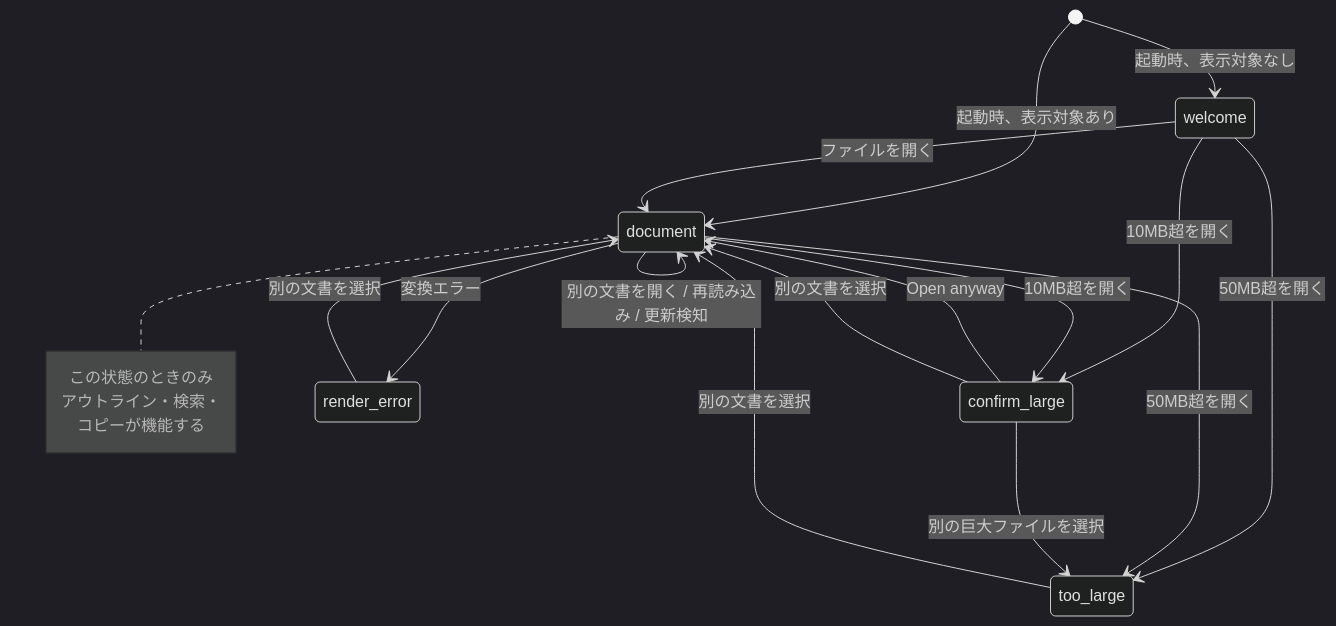
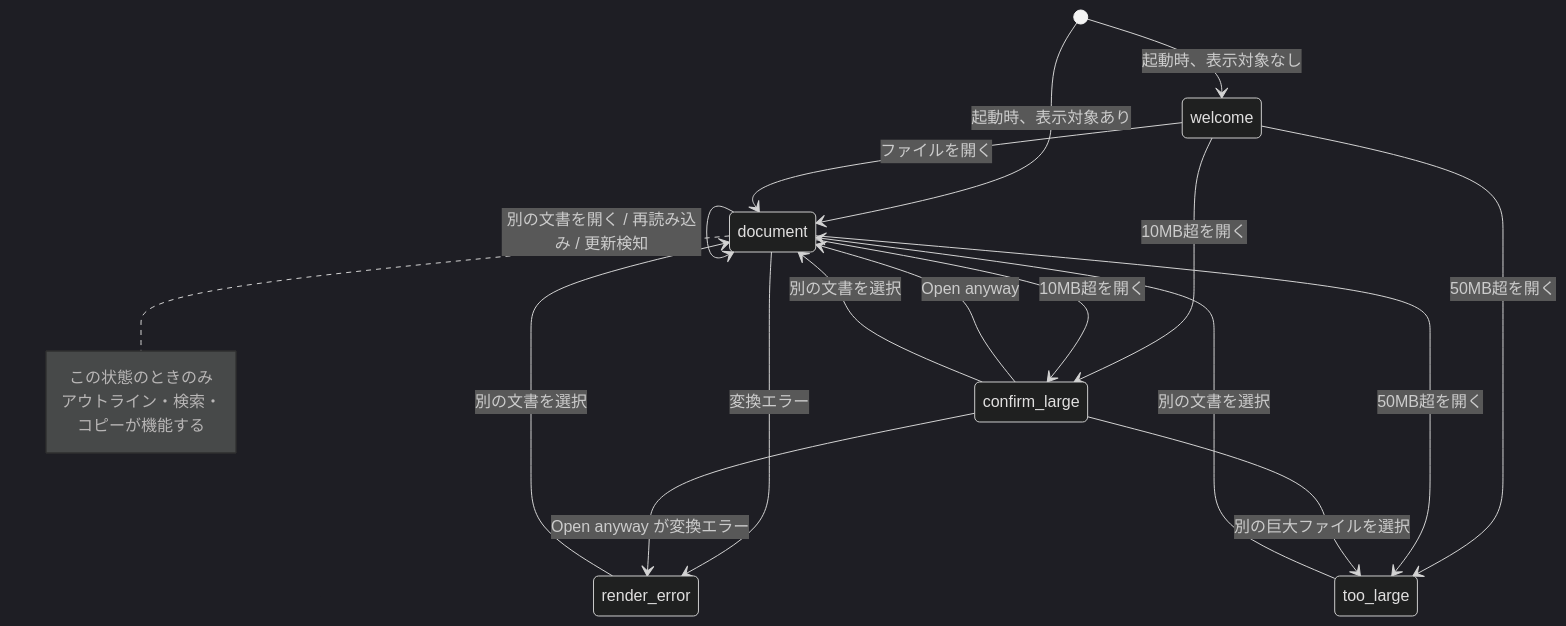
The first of 2 diagrams in docs/specs/22-display-states.md (kznagamori/go_MarkView), drawn with Mermaid (dark theme) before and after one commit. The commit also changed other lines of this file and 20 other files, not shown here.

First line of the commit message:
docs: 仕様へ PlantUML 対応を反映する（4.16.0）

````diff
--- a/docs/specs/22-display-states.md
+++ b/docs/specs/22-display-states.md
@@ -23,27 +23,28 @@
 ```mermaid
 stateDiagram-v2
     [*] --> welcome: 起動時、表示対象なし
     [*] --> document: 起動時、表示対象あり
 
     welcome --> document: ファイルを開く
     welcome --> confirm_large: 10MB超を開く
     welcome --> too_large: 50MB超を開く
 
     document --> document: 別の文書を開く / 再読み込み / 更新検知
     document --> confirm_large: 10MB超を開く
     document --> too_large: 50MB超を開く
     document --> render_error: 変換エラー
 
     confirm_large --> document: Open anyway
+    confirm_large --> render_error: Open anyway が変換エラー
     confirm_large --> document: 別の文書を選択
     confirm_large --> too_large: 別の巨大ファイルを選択
 
     too_large --> document: 別の文書を選択
     render_error --> document: 別の文書を選択
 
     note right of document
         この状態のときのみ
         アウトライン・検索・
         コピーが機能する
     end note
 ```
````
